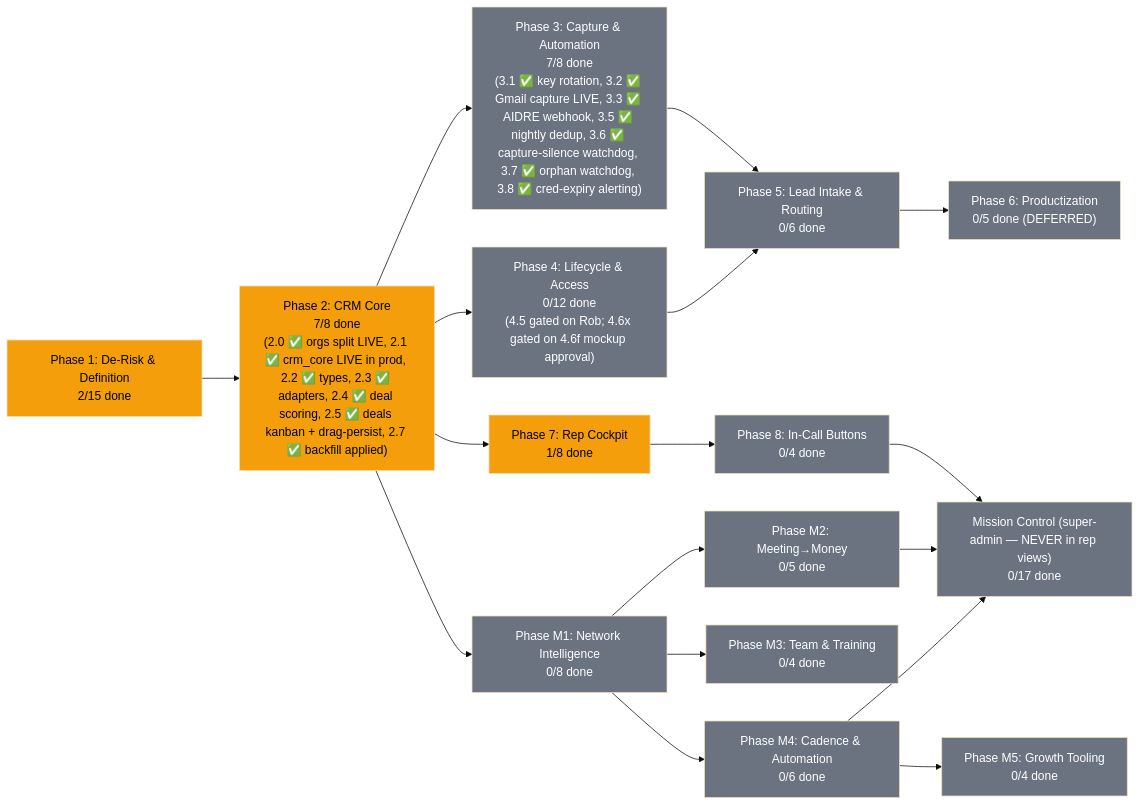
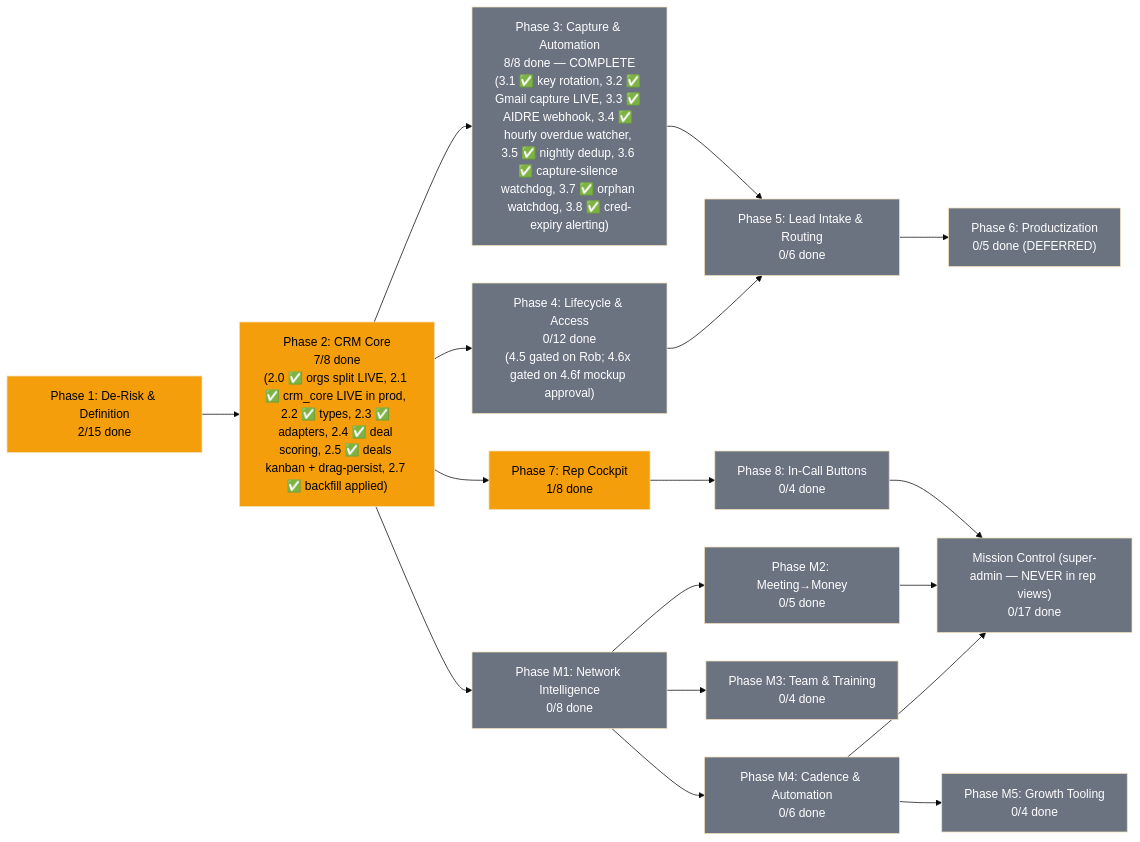
One commit to blacklabelbob/mle-rob-dashboard changed the diagram in docs/plans/PRD-mle-crm.md. Above: the diagram before and after it, drawn with Mermaid (base theme). The commit also changed other lines of this file and 1 other file, not shown here.

````diff
--- a/docs/plans/PRD-mle-crm.md
+++ b/docs/plans/PRD-mle-crm.md
@@ -24,34 +24,34 @@
 ```mermaid
 flowchart LR
     P1["Phase 1: De-Risk & Definition<br/>2/15 done"] --> P2["Phase 2: CRM Core<br/>7/8 done<br/>(2.0 ✅ orgs split LIVE, 2.1 ✅ crm_core LIVE in prod, 2.2 ✅ types, 2.3 ✅ adapters, 2.4 ✅ deal scoring, 2.5 ✅ deals kanban + drag-persist, 2.7 ✅ backfill applied)"]
-    P2 --> P3["Phase 3: Capture & Automation<br/>7/8 done<br/>(3.1 ✅ key rotation, 3.2 ✅ Gmail capture LIVE, 3.3 ✅ AIDRE webhook, 3.5 ✅ nightly dedup, 3.6 ✅ capture-silence watchdog, 3.7 ✅ orphan watchdog, 3.8 ✅ cred-expiry alerting)"]
+    P2 --> P3["Phase 3: Capture & Automation<br/>8/8 done — COMPLETE<br/>(3.1 ✅ key rotation, 3.2 ✅ Gmail capture LIVE, 3.3 ✅ AIDRE webhook, 3.4 ✅ hourly overdue watcher, 3.5 ✅ nightly dedup, 3.6 ✅ capture-silence watchdog, 3.7 ✅ orphan watchdog, 3.8 ✅ cred-expiry alerting)"]
     P2 --> P4["Phase 4: Lifecycle & Access<br/>0/12 done<br/>(4.5 gated on Rob; 4.6x gated on 4.6f mockup approval)"]
     P2 --> P7["Phase 7: Rep Cockpit<br/>1/8 done"]
     P7 --> P8["Phase 8: In-Call Buttons<br/>0/4 done"]
     P3 --> P5["Phase 5: Lead Intake & Routing<br/>0/6 done"]
     P4 --> P5
     P5 --> P6["Phase 6: Productization<br/>0/5 done (DEFERRED)"]
     P2 --> M1["Phase M1: Network Intelligence<br/>0/8 done"]
     M1 --> M2["Phase M2: Meeting→Money<br/>0/5 done"]
     M1 --> M3["Phase M3: Team & Training<br/>0/4 done"]
     M1 --> M4["Phase M4: Cadence & Automation<br/>0/6 done"]
     M4 --> M5["Phase M5: Growth Tooling<br/>0/4 done"]
     P8 --> MC["Mission Control (super-admin — NEVER in rep views)<br/>0/17 done"]
     M2 --> MC
     M4 --> MC
 
     style P1 fill:#f59e0b,color:#000
     style P2 fill:#f59e0b,color:#000
     style P3 fill:#6b7280,color:#fff
     style P4 fill:#6b7280,color:#fff
     style P5 fill:#6b7280,color:#fff
     style P6 fill:#6b7280,color:#fff
     style P7 fill:#f59e0b,color:#000
     style P8 fill:#6b7280,color:#fff
     style M1 fill:#6b7280,color:#fff
     style M2 fill:#6b7280,color:#fff
     style M3 fill:#6b7280,color:#fff
     style M4 fill:#6b7280,color:#fff
     style M5 fill:#6b7280,color:#fff
     style MC fill:#6b7280,color:#fff
 ```
````
